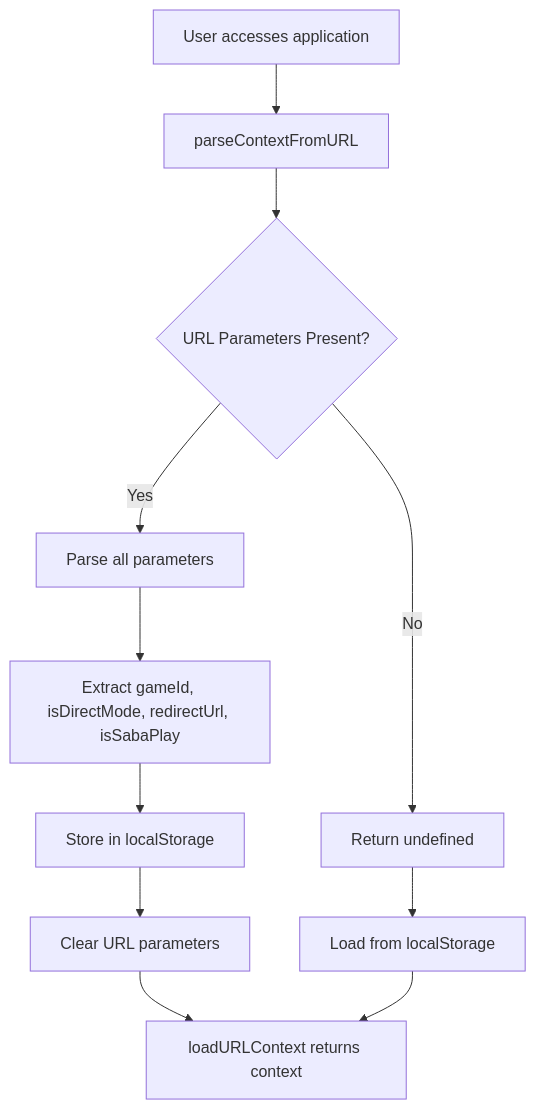
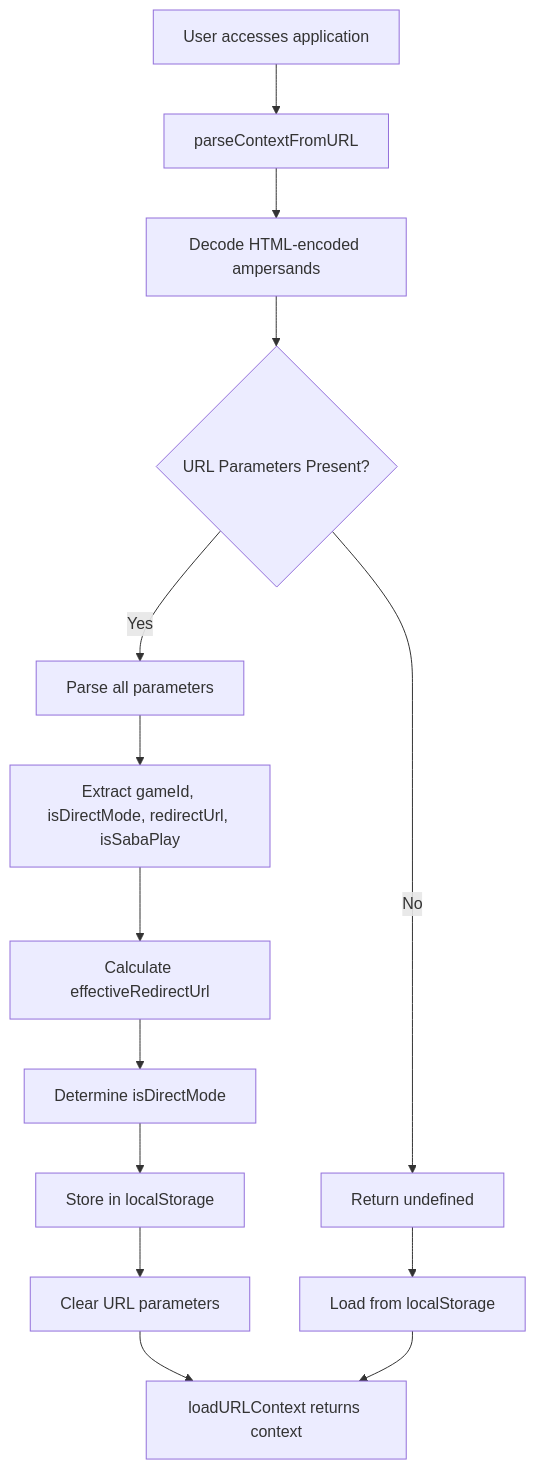
The first of 6 diagrams in docs/URL_Context_Analysis.md (starixvn/l1_game-clients_number-games_gn-game-client), drawn with Mermaid before and after one commit. The commit also changed other lines of this file and 8 other files, not shown here.

````diff
--- a/docs/URL_Context_Analysis.md
+++ b/docs/URL_Context_Analysis.md
@@ -81,15 +150,18 @@
 ```mermaid
 flowchart TD
     A1[User accesses application] --> B1[parseContextFromURL]
-    B1 --> C1{URL Parameters Present?}
-    C1 -->|Yes| D1[Parse all parameters]
-    C1 -->|No| E1[Return undefined]
+    B1 --> C1[Decode HTML-encoded ampersands]
+    C1 --> D1{URL Parameters Present?}
+    D1 -->|Yes| E1[Parse all parameters]
+    D1 -->|No| F1[Return undefined]
 
-    D1 --> F1[Extract gameId, isDirectMode, redirectUrl, isSabaPlay]
-    F1 --> G1[Store in localStorage]
-    G1 --> H1[Clear URL parameters]
-    H1 --> I1[loadURLContext returns context]
+    E1 --> G1[Extract gameId, isDirectMode, redirectUrl, isSabaPlay]
+    G1 --> H1[Calculate effectiveRedirectUrl]
+    H1 --> I1[Determine isDirectMode]
+    I1 --> J1[Store in localStorage]
+    J1 --> K1[Clear URL parameters]
+    K1 --> L1[loadURLContext returns context]
 
-    E1 --> J1[Load from localStorage]
-    J1 --> I1
+    F1 --> M1[Load from localStorage]
+    M1 --> L1
 ```
````
